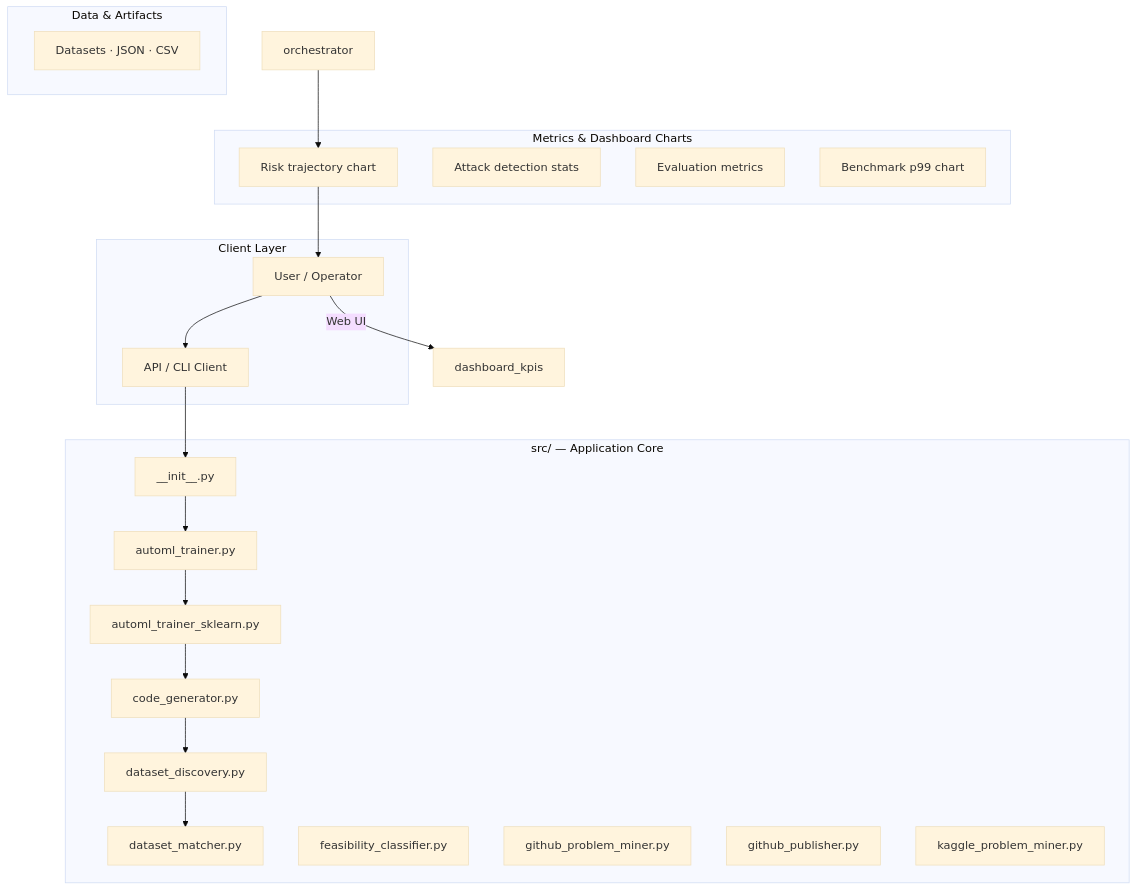
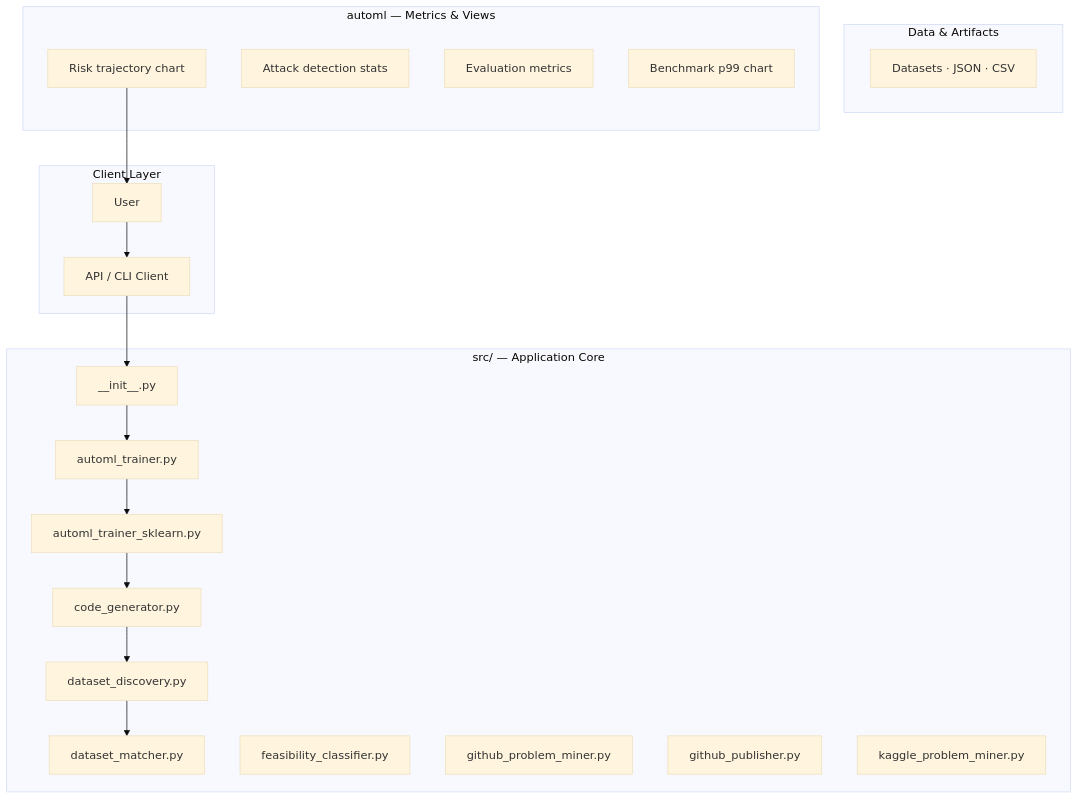
One commit to Punyamittal/automl changed the first of 4 diagrams in README.md. Above: the diagram before and after it, drawn with Mermaid (base theme). The commit also changed other lines of this file, not shown here.

````diff
--- a/README.md
+++ b/README.md
@@ -129,38 +168,36 @@
 ```mermaid
 graph TB
     subgraph Client["Client Layer"]
-        user["User / Operator"]
+        user["User"]
         api_client["API / CLI Client"]
     end
 
     subgraph Core["src/ — Application Core"]
         __init__["__init__.py"]
         automl_trainer["automl_trainer.py"]
         automl_trainer_sklearn["automl_trainer_sklearn.py"]
         code_generator["code_generator.py"]
         dataset_discovery["dataset_discovery.py"]
         dataset_matcher["dataset_matcher.py"]
         feasibility_classifier["feasibility_classifier.py"]
         github_problem_miner["github_problem_miner.py"]
         github_publisher["github_publisher.py"]
         kaggle_problem_miner["kaggle_problem_miner.py"]
     end
 
     subgraph Data["Data & Artifacts"]
         datasets["Datasets · JSON · CSV"]
     end
 
-    subgraph Charts["Metrics & Dashboard Charts"]
+    subgraph Charts["automl — Metrics & Views"]
         risk_trajectory["Risk trajectory chart"]
         attack_stats["Attack detection stats"]
         eval_metrics["Evaluation metrics"]
         benchmark_p99["Benchmark p99 chart"]
     end
 
     user --> api_client
     api_client --> __init__
     __init__ --> automl_trainer --> automl_trainer_sklearn --> code_generator --> dataset_discovery --> dataset_matcher
-    user -->|Web UI| dashboard_kpis
-    orchestrator --> risk_trajectory
     risk_trajectory --> user
 ```
````
